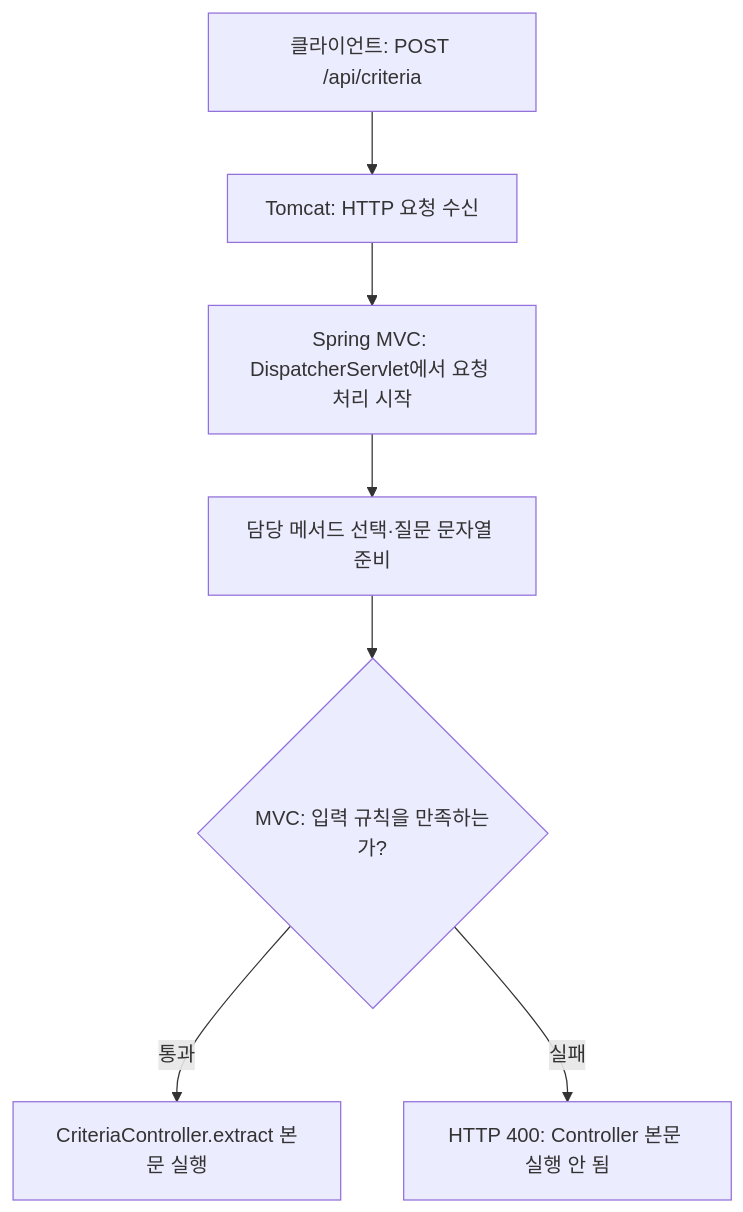
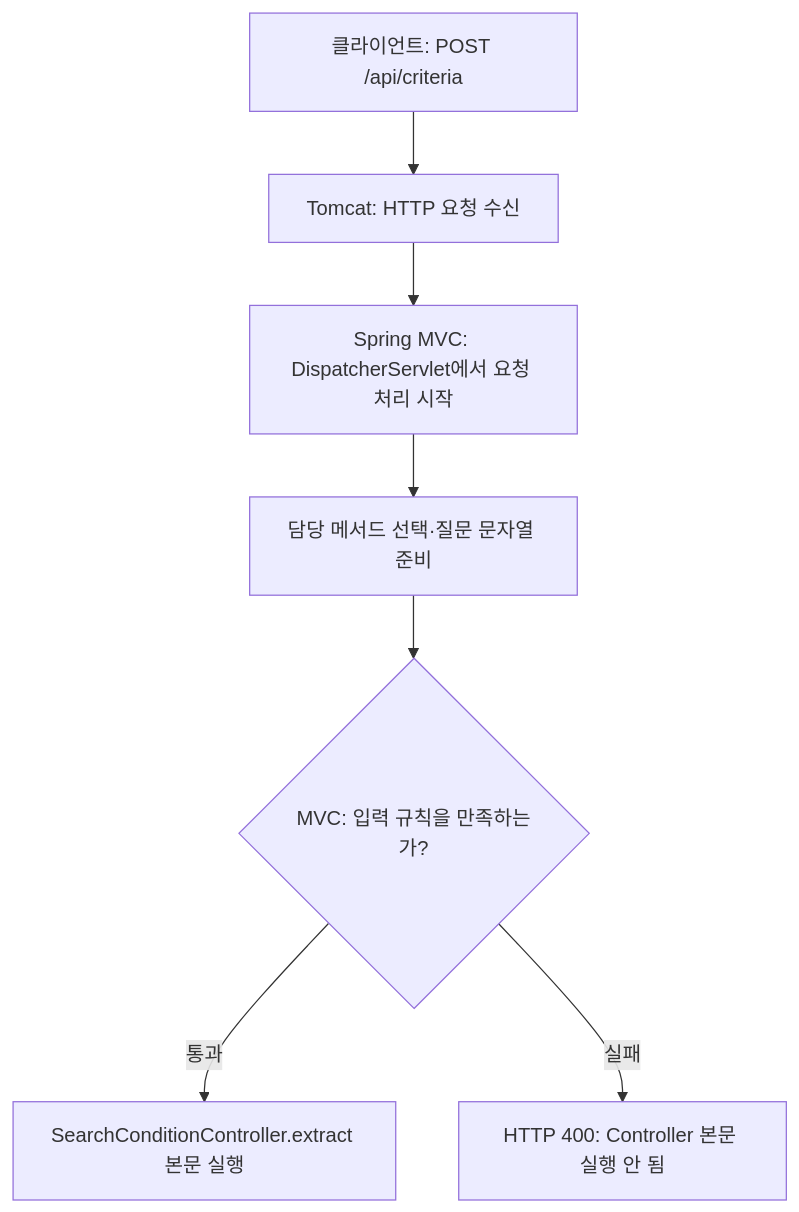
The diagram in Spring-AI-Agent-Learning/docs/lessons/04-structured-output/00-web-request-basics.md (Justin-ad-Park/SpringShoppingAI), drawn with Mermaid before and after one commit. The commit also changed other lines of this file and 17 other files, not shown here.

````diff
--- a/Spring-AI-Agent-Learning/docs/lessons/04-structured-output/00-web-request-basics.md
+++ b/Spring-AI-Agent-Learning/docs/lessons/04-structured-output/00-web-request-basics.md
@@ -48,9 +48,9 @@
 ```mermaid
 flowchart TD
     C["클라이언트: POST /api/criteria"] --> T["Tomcat: HTTP 요청 수신"]
     T --> M["Spring MVC: DispatcherServlet에서 요청 처리 시작"]
     M --> P["담당 메서드 선택·질문 문자열 준비"]
     P --> V{"MVC: 입력 규칙을 만족하는가?"}
-    V -->|통과| B["CriteriaController.extract 본문 실행"]
+    V -->|통과| B["SearchConditionController.extract 본문 실행"]
     V -->|실패| E["HTTP 400: Controller 본문 실행 안 됨"]
 ```
````
